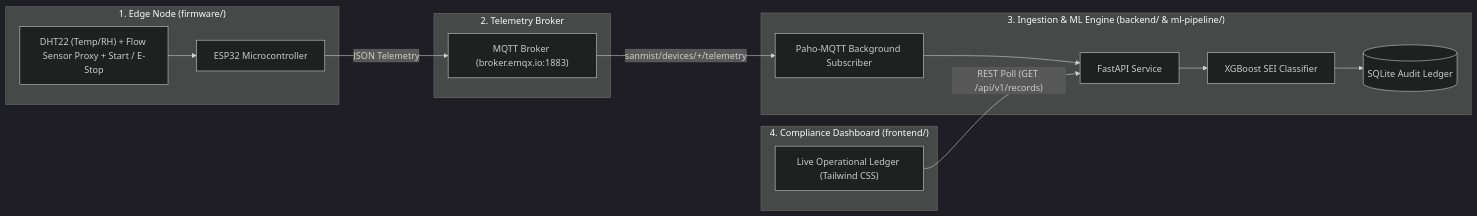
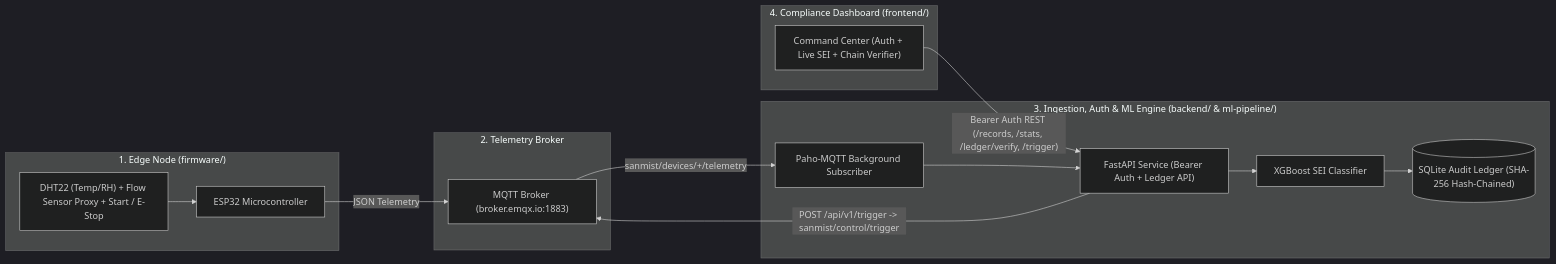
One commit to coco1oco/sanmist-platform changed the diagram in README.md. Above: the diagram before and after it, drawn with Mermaid (dark theme). The commit also changed other lines of this file and 16 other files, not shown here.

Commit message:
Fix dashboard UI/SEI math, add pagination, MQTT auth, piezo tone, and Docker packaging

````diff
--- a/README.md
+++ b/README.md
@@ -30,30 +30,31 @@
 ```mermaid
 flowchart LR
     subgraph Edge["1. Edge Node (firmware/)"]
         Sensors["DHT22 (Temp/RH) + Flow Sensor Proxy + Start / E-Stop"]
         ESP32["ESP32 Microcontroller"]
         Sensors --> ESP32
     end
 
     subgraph Broker["2. Telemetry Broker"]
         MQTT["MQTT Broker (broker.emqx.io:1883)"]
     end
 
-    subgraph Core["3. Ingestion & ML Engine (backend/ & ml-pipeline/)"]
+    subgraph Core["3. Ingestion, Auth & ML Engine (backend/ & ml-pipeline/)"]
         Subscriber["Paho-MQTT Background Subscriber"]
-        FastAPI["FastAPI Service"]
+        FastAPI["FastAPI Service (Bearer Auth + Ledger API)"]
         XGB["XGBoost SEI Classifier"]
-        DB[("SQLite Audit Ledger")]
+        DB[("SQLite Audit Ledger (SHA-256 Hash-Chained)")]
         Subscriber --> FastAPI
         FastAPI --> XGB
         XGB --> DB
     end
 
     subgraph UI["4. Compliance Dashboard (frontend/)"]
-        Dashboard["Live Operational Ledger (Tailwind CSS)"]
+        Dashboard["Command Center (Auth + Live SEI + Chain Verifier)"]
     end
 
     ESP32 -- "JSON Telemetry" --> MQTT
     MQTT -- "sanmist/devices/+/telemetry" --> Subscriber
-    Dashboard -- "REST Poll (GET /api/v1/records)" --> FastAPI
+    FastAPI -- "POST /api/v1/trigger -> sanmist/control/trigger" --> MQTT
+    Dashboard -- "Bearer Auth REST (/records, /stats, /ledger/verify, /trigger)" --> FastAPI
 ```
````
